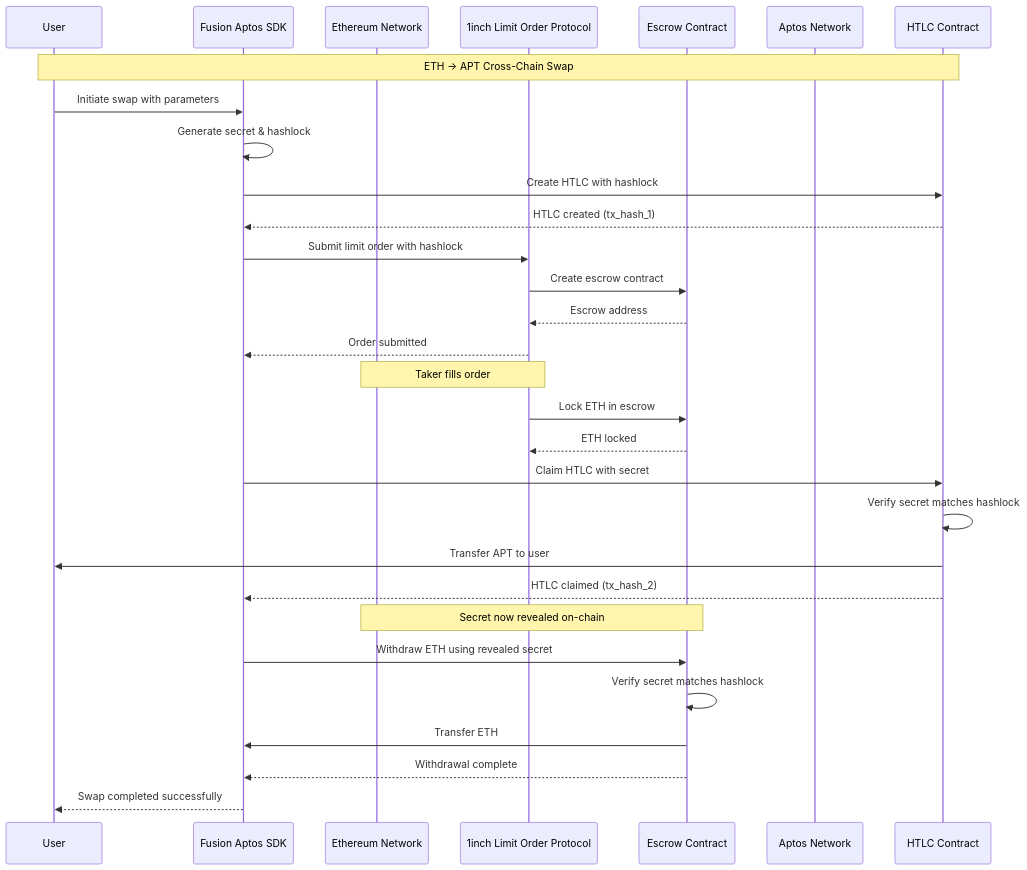
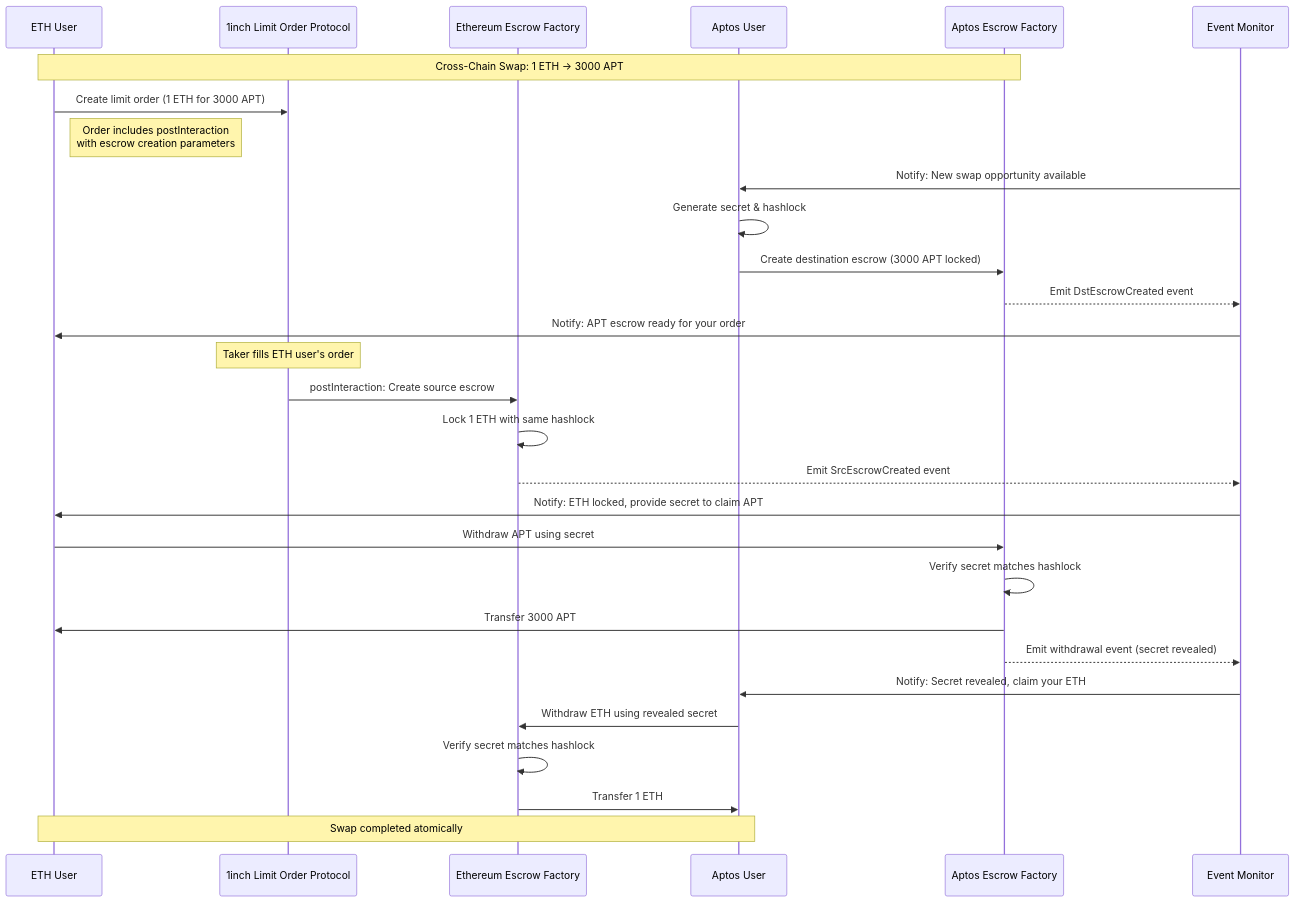
One commit to sphamjoli/aptos-evm-poc changed the first of 3 diagrams in readme.md. Above: the diagram before and after it, drawn with Mermaid. The commit also changed other lines of this file and 6 other files, not shown here.

````diff
--- a/readme.md
+++ b/readme.md
@@ -5,42 +5,39 @@
 ```mermaid
 sequenceDiagram
-    participant User
-    participant SDK as Fusion Aptos SDK
-    participant Ethereum as Ethereum Network
+    participant ETHUser as ETH User
     participant LOP as 1inch Limit Order Protocol
-    participant Escrow as Escrow Contract
-    participant Aptos as Aptos Network
-    participant HTLC as HTLC Contract
+    participant EthEscrow as Ethereum Escrow Factory
+    participant AptosUser as Aptos User
+    participant AptosEscrow as Aptos Escrow Factory
+    participant EventMonitor as Event Monitor
 
-    Note over User, HTLC: ETH → APT Cross-Chain Swap
+    Note over ETHUser, AptosEscrow: Cross-Chain Swap: 1 ETH → 3000 APT
 
-    User->>SDK: Initiate swap with parameters
-    SDK->>SDK: Generate secret & hashlock
-    
-    SDK->>HTLC: Create HTLC with hashlock
-    HTLC-->>SDK: HTLC created (tx_hash_1)
-    
-    SDK->>LOP: Submit limit order with hashlock
-    LOP->>Escrow: Create escrow contract
-    Escrow-->>LOP: Escrow address
-    LOP-->>SDK: Order submitted
-    
-    Note over Ethereum, LOP: Taker fills order
-    
-    LOP->>Escrow: Lock ETH in escrow
-    Escrow-->>LOP: ETH locked
-    
-    SDK->>HTLC: Claim HTLC with secret
-    HTLC->>HTLC: Verify secret matches hashlock
-    HTLC->>User: Transfer APT to user
-    HTLC-->>SDK: HTLC claimed (tx_hash_2)
-    
-    Note over Ethereum, Escrow: Secret now revealed on-chain
-    
-    SDK->>Escrow: Withdraw ETH using revealed secret
-    Escrow->>Escrow: Verify secret matches hashlock
-    Escrow->>SDK: Transfer ETH
-    Escrow-->>SDK: Withdrawal complete
-    
-    SDK-->>User: Swap completed successfully
+    ETHUser->>LOP: Create limit order (1 ETH for 3000 APT)
+    Note right of ETHUser: Order includes postInteraction<br/>with escrow creation parameters
+
+    EventMonitor->>AptosUser: Notify: New swap opportunity available
+    AptosUser->>AptosUser: Generate secret & hashlock
+    AptosUser->>AptosEscrow: Create destination escrow (3000 APT locked)
+    AptosEscrow-->>EventMonitor: Emit DstEscrowCreated event
+
+    EventMonitor->>ETHUser: Notify: APT escrow ready for your order
+    Note over LOP: Taker fills ETH user's order
+
+    LOP->>EthEscrow: postInteraction: Create source escrow
+    EthEscrow->>EthEscrow: Lock 1 ETH with same hashlock
+    EthEscrow-->>EventMonitor: Emit SrcEscrowCreated event
+
+    EventMonitor->>ETHUser: Notify: ETH locked, provide secret to claim APT
+    ETHUser->>AptosEscrow: Withdraw APT using secret
+    AptosEscrow->>AptosEscrow: Verify secret matches hashlock
+    AptosEscrow->>ETHUser: Transfer 3000 APT
+    AptosEscrow-->>EventMonitor: Emit withdrawal event (secret revealed)
+
+    EventMonitor->>AptosUser: Notify: Secret revealed, claim your ETH
+    AptosUser->>EthEscrow: Withdraw ETH using revealed secret
+    EthEscrow->>EthEscrow: Verify secret matches hashlock
+    EthEscrow->>AptosUser: Transfer 1 ETH
+
+    Note over ETHUser, AptosUser: Swap completed atomically
 ```
````
